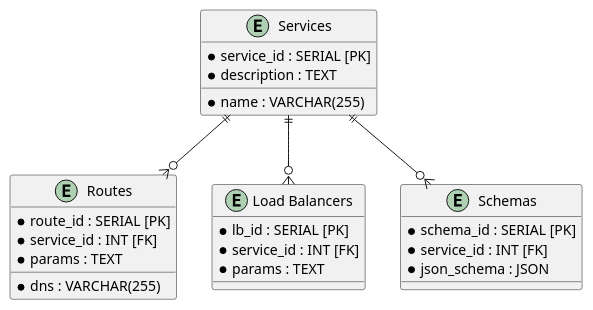
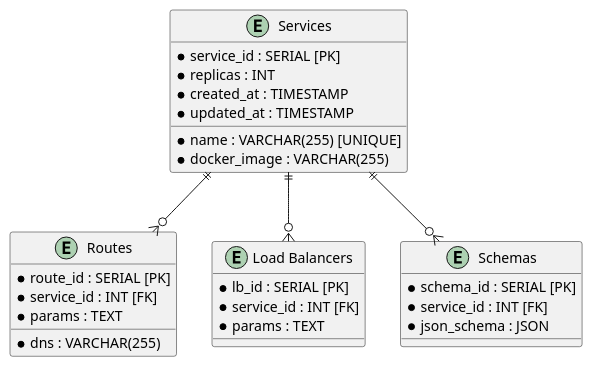
Before and after one commit to fanglores/Advanced-Software-Design: the diagram in PracticeTasks/Module2/Task_11/RequestRouter_DB.puml, drawn with PlantUML. The commit also changed 3 other files, not shown here.

```diff
--- a/PracticeTasks/Module2/Task_11/RequestRouter_DB.puml
+++ b/PracticeTasks/Module2/Task_11/RequestRouter_DB.puml
@@ -1,30 +1,33 @@
 @startuml
 entity "Services" {
     * service_id : SERIAL [PK]
-    * name : VARCHAR(255)
-    * description : TEXT
+    * name : VARCHAR(255) [UNIQUE]
+    * docker_image : VARCHAR(255)
+    * replicas : INT
+    * created_at : TIMESTAMP
+    * updated_at : TIMESTAMP
 }
 
 entity "Routes" {
     * route_id : SERIAL [PK]
     * service_id : INT [FK]
     * dns : VARCHAR(255)
     * params : TEXT
 }
 
 entity "Load Balancers" as LoadBalancers {
     * lb_id : SERIAL [PK]
     * service_id : INT [FK]
     * params : TEXT
 }
 
 entity "Schemas" {
     * schema_id : SERIAL [PK]
     * service_id : INT [FK]
     * json_schema : JSON
 }
 
 Services ||--o{ Routes
 Services ||--o{ LoadBalancers
 Services ||--o{ Schemas
 @enduml
```
